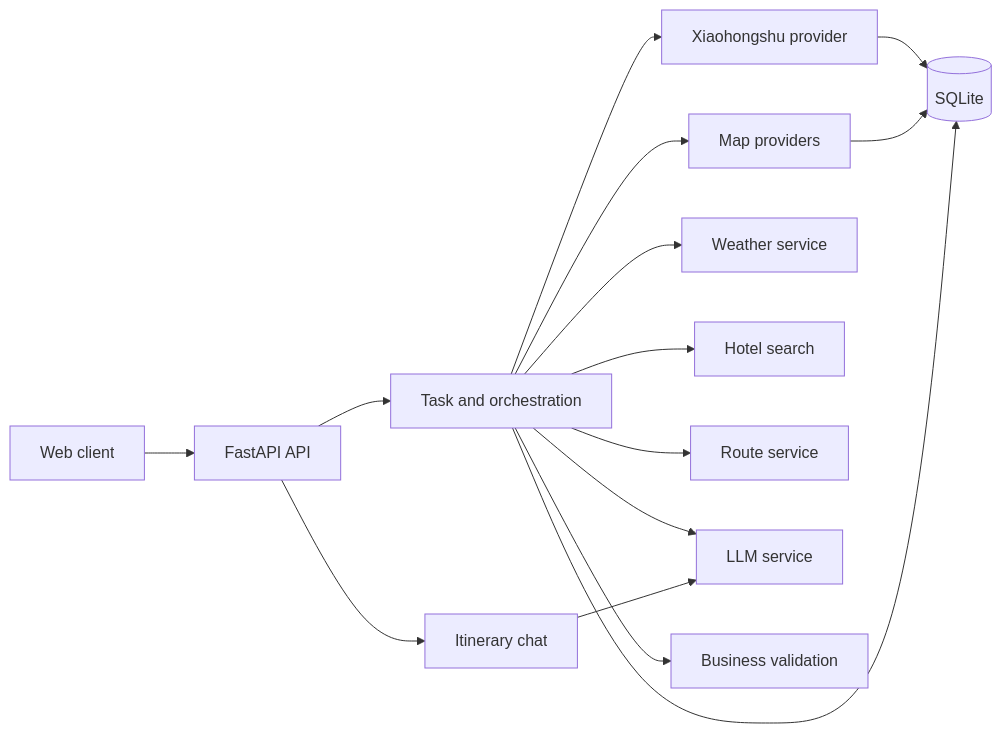
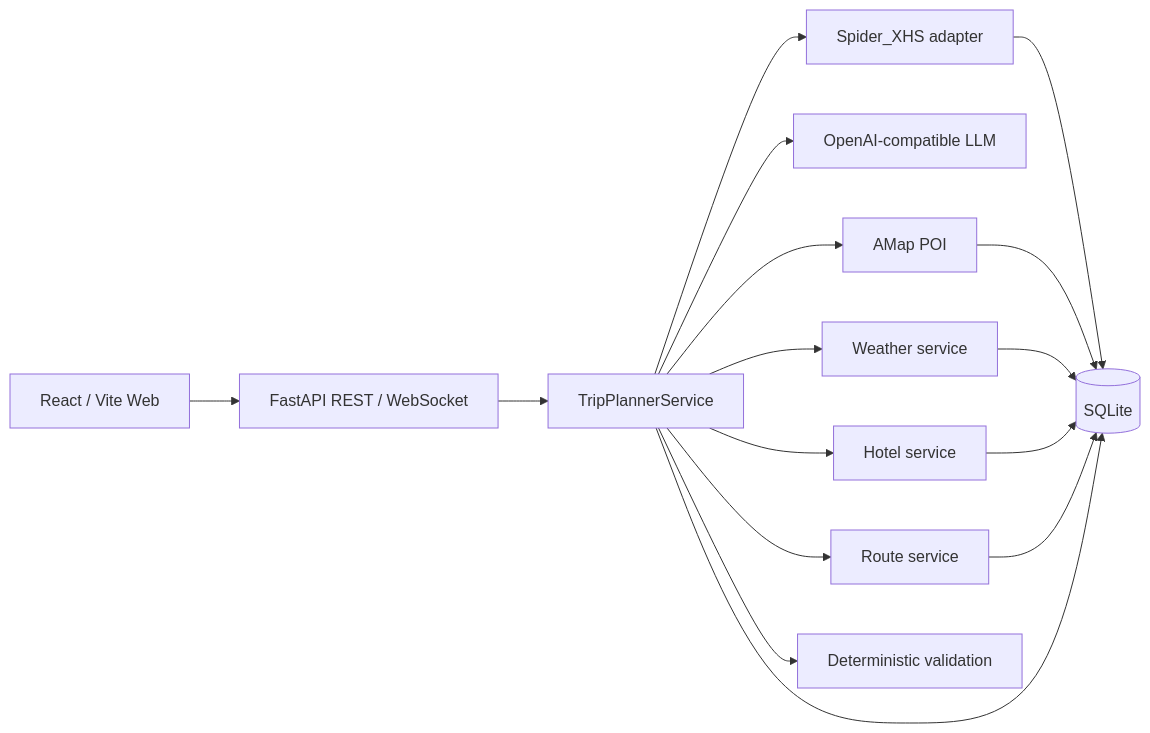
One commit to dolt-y/TravelMind-AI changed the second of 2 diagrams in README_en.md. Above: the diagram before and after it, drawn with Mermaid. The commit also changed other lines of this file and 4 other files, not shown here.

````diff
--- a/README_en.md
+++ b/README_en.md
@@ -58,17 +215,18 @@
 ```mermaid
 flowchart LR
-    UI[Web client] --> API[FastAPI API]
-    API --> TASK[Task and orchestration]
-    TASK --> XHS[Xiaohongshu provider]
-    TASK --> MAP[Map providers]
-    TASK --> WEATHER[Weather service]
-    TASK --> HOTEL[Hotel search]
-    TASK --> ROUTE[Route service]
-    TASK --> LLM[LLM service]
-    TASK --> VALIDATE[Business validation]
-    XHS --> DB[(SQLite)]
-    MAP --> DB
-    TASK --> DB
-    API --> CHAT[Itinerary chat]
-    CHAT --> LLM
+    UI["React / Vite Web"] --> API["FastAPI REST / WebSocket"]
+    API --> ORCH["TripPlannerService"]
+    ORCH --> XHS["Spider_XHS adapter"]
+    ORCH --> LLM["OpenAI-compatible LLM"]
+    ORCH --> POI["AMap POI"]
+    ORCH --> WEATHER["Weather service"]
+    ORCH --> HOTEL["Hotel service"]
+    ORCH --> ROUTE["Route service"]
+    ORCH --> VALIDATE["Deterministic validation"]
+    XHS --> DB[("SQLite")]
+    POI --> DB
+    WEATHER --> DB
+    HOTEL --> DB
+    ROUTE --> DB
+    ORCH --> DB
 ```
````
